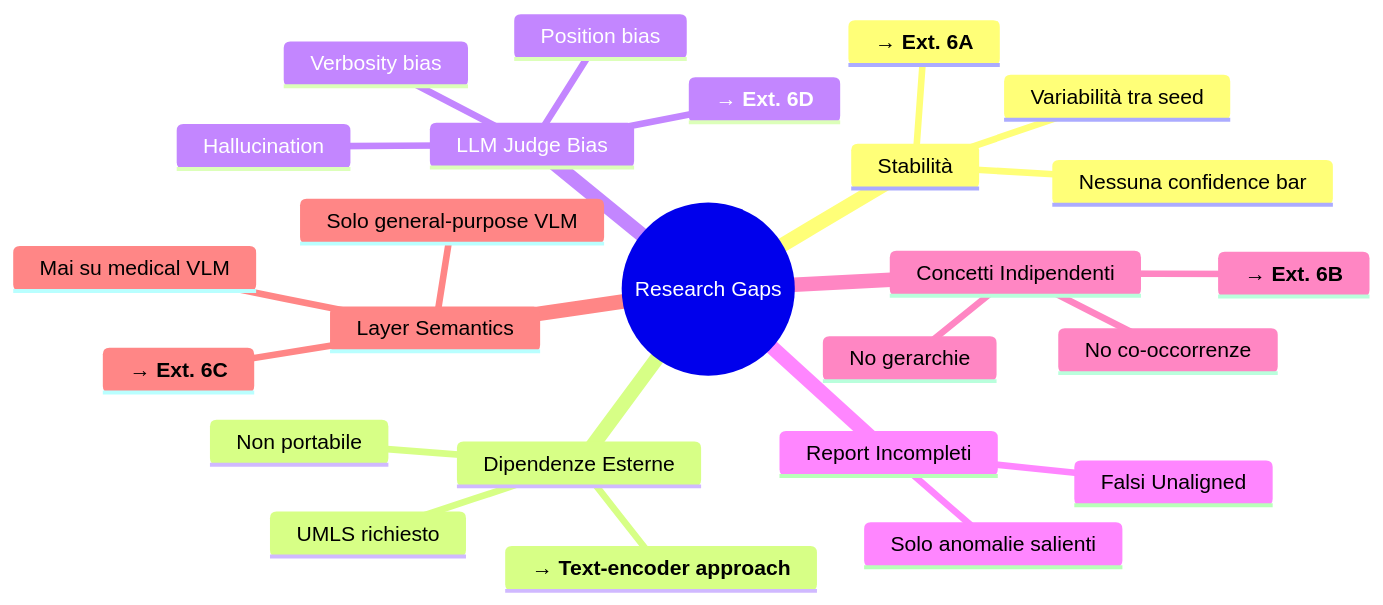
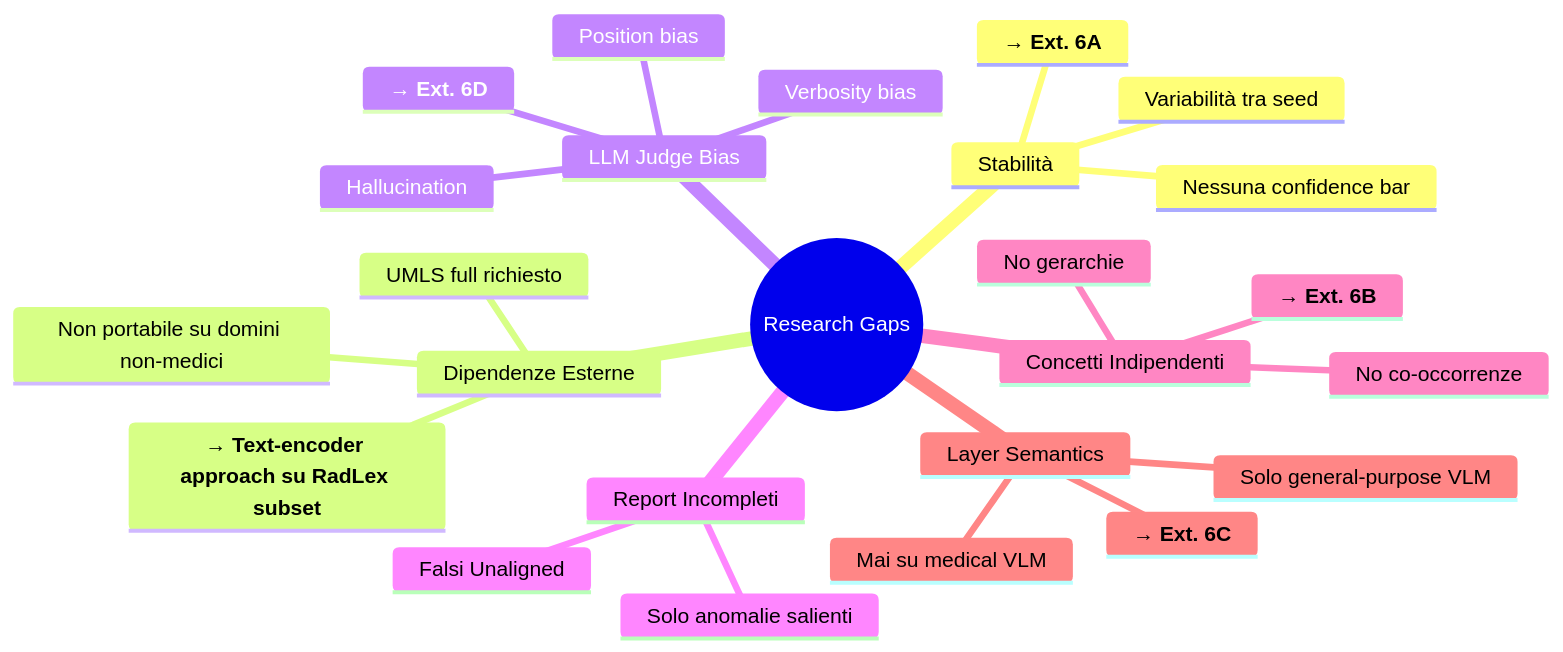
Before and after one commit to LookUpMark/xai-project-5: the fifth of 6 diagrams in docs/implementation.md, drawn with Mermaid. The commit also changed other lines of this file and 1 other file, not shown here.

````diff
--- a/docs/implementation.md
+++ b/docs/implementation.md
@@ -972,28 +1024,28 @@
 ```mermaid
 mindmap
   root((Research Gaps))
     Stabilità
       Variabilità tra seed
       Nessuna confidence bar
       **→ Ext. 6A**
     Dipendenze Esterne
-      UMLS richiesto
-      Non portabile
-      **→ Text-encoder approach**
+      UMLS full richiesto
+      Non portabile su domini non-medici
+      **→ Text-encoder approach su RadLex subset**
     LLM Judge Bias
       Position bias
       Verbosity bias
       Hallucination
       **→ Ext. 6D**
     Report Incompleti
       Solo anomalie salienti
       Falsi Unaligned
     Concetti Indipendenti
       No co-occorrenze
       No gerarchie
       **→ Ext. 6B**
     Layer Semantics
       Solo general-purpose VLM
       Mai su medical VLM
       **→ Ext. 6C**
 ```
````
